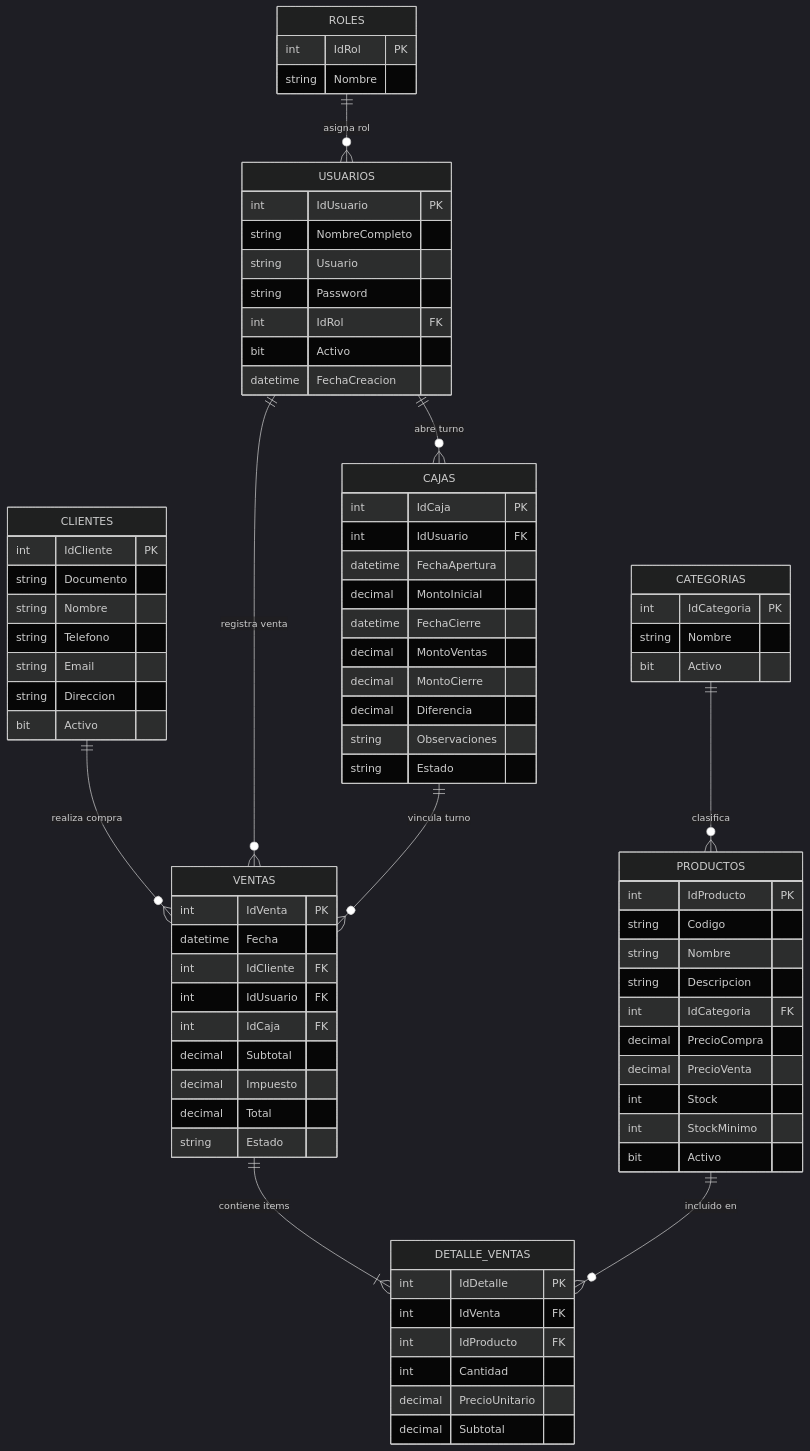
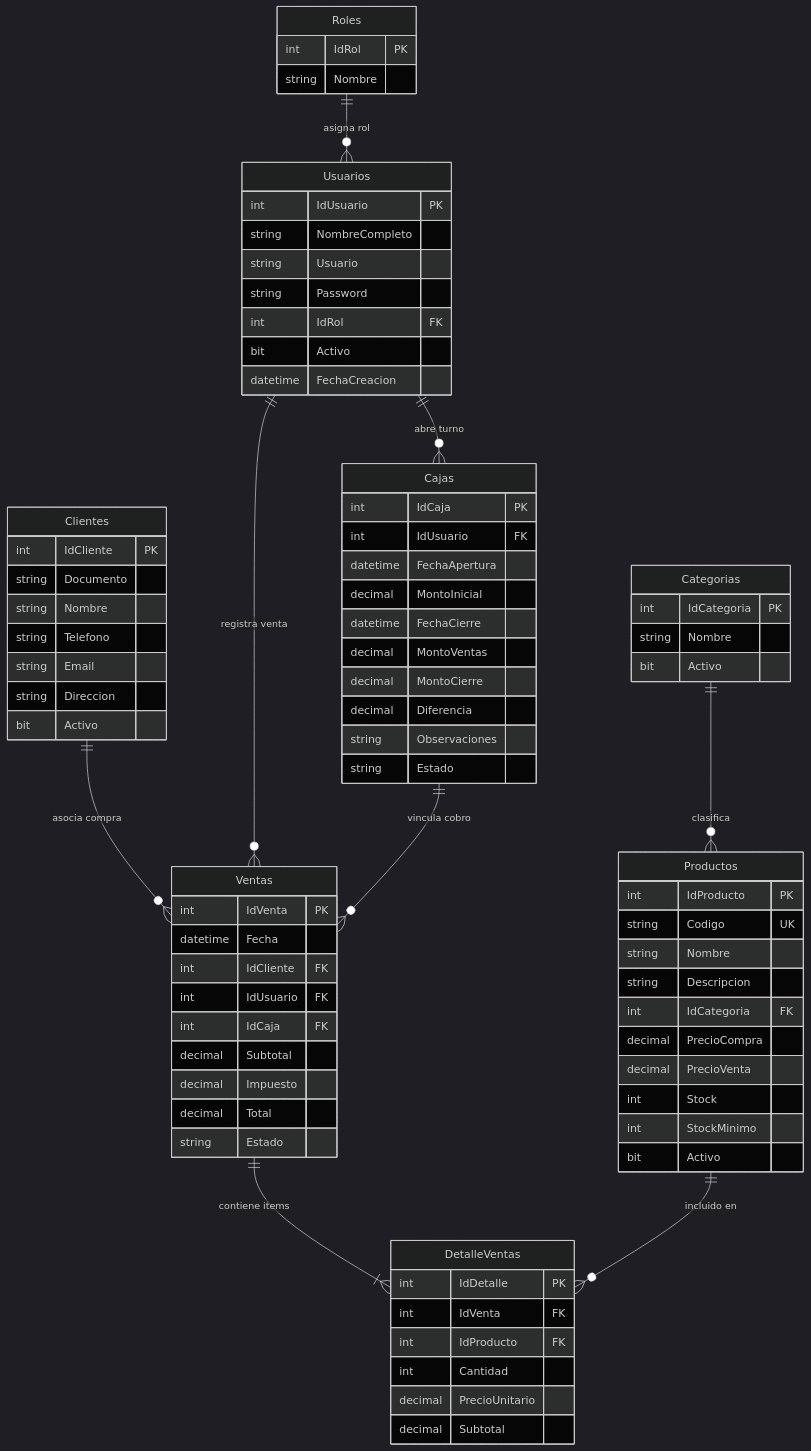
The diagram in README.md (MinniFinnex/POS-NET), drawn with Mermaid (dark theme) before and after one commit. The commit also changed other lines of this file and 63 other files, not shown here.

````diff
--- a/README.md
+++ b/README.md
@@ -138,20 +191,20 @@
 ```mermaid
 erDiagram
-    ROLES ||--o{ USUARIOS : "asigna rol"
-    CATEGORIAS ||--o{ PRODUCTOS : "clasifica"
-    CLIENTES ||--o{ VENTAS : "realiza compra"
-    USUARIOS ||--o{ VENTAS : "registra venta"
-    USUARIOS ||--o{ CAJAS : "abre turno"
-    CAJAS ||--o{ VENTAS : "vincula turno"
-    VENTAS ||--|{ DETALLE_VENTAS : "contiene items"
-    PRODUCTOS ||--o{ DETALLE_VENTAS : "incluido en"
+    Roles ||--o{ Usuarios : "asigna rol"
+    Categorias ||--o{ Productos : "clasifica"
+    Clientes ||--o{ Ventas : "asocia compra"
+    Usuarios ||--o{ Ventas : "registra venta"
+    Usuarios ||--o{ Cajas : "abre turno"
+    Cajas ||--o{ Ventas : "vincula cobro"
+    Ventas ||--|{ DetalleVentas : "contiene items"
+    Productos ||--o{ DetalleVentas : "incluido en"
 
-    ROLES {
+    Roles {
         int IdRol PK
         string Nombre
     }
 
-    USUARIOS {
+    Usuarios {
         int IdUsuario PK
         string NombreCompleto
         string Usuario
@@ -161,15 +214,15 @@
         datetime FechaCreacion
     }
 
-    CATEGORIAS {
+    Categorias {
         int IdCategoria PK
         string Nombre
         bit Activo
     }
 
-    PRODUCTOS {
+    Productos {
         int IdProducto PK
-        string Codigo
+        string Codigo UK
         string Nombre
         string Descripcion
         int IdCategoria FK
@@ -180,7 +233,7 @@
         bit Activo
     }
 
-    CLIENTES {
+    Clientes {
         int IdCliente PK
         string Documento
         string Nombre
@@ -190,7 +243,7 @@
         bit Activo
     }
 
-    CAJAS {
+    Cajas {
         int IdCaja PK
         int IdUsuario FK
         datetime FechaApertura
@@ -203,7 +256,7 @@
         string Estado
     }
 
-    VENTAS {
+    Ventas {
         int IdVenta PK
         datetime Fecha
         int IdCliente FK
@@ -215,7 +268,7 @@
         string Estado
     }
 
-    DETALLE_VENTAS {
+    DetalleVentas {
         int IdDetalle PK
         int IdVenta FK
         int IdProducto FK
````
